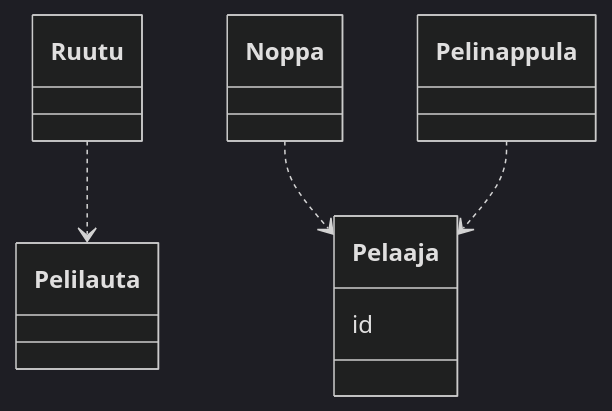
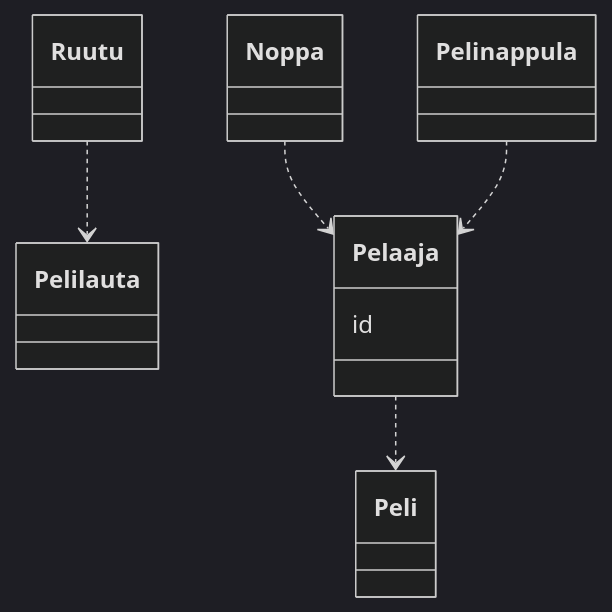
One commit to MiikaMatias/ot-harjoitustyo changed the diagram in laskarit/viikko3/test.md. Above: the diagram before and after it, drawn with Mermaid (dark theme).

````diff
--- a/laskarit/viikko3/test.md
+++ b/laskarit/viikko3/test.md
@@ -5,17 +5,20 @@
 ```mermaid
  classDiagram
       Ruutu ..> Pelilauta
       Noppa ..> Pelaaja
       Pelinappula ..> Pelaaja
+      Pelaaja ..> Peli
       class Noppa{
       }
       class Pelaaja{
           id
       }
       class Pelilauta{
       }
       class Ruutu{
       }
       class Pelinappula {
       }
+      class Peli {
+      }
 ```
````
